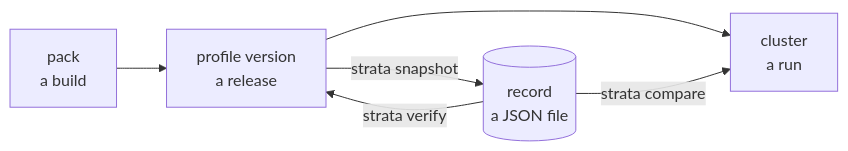
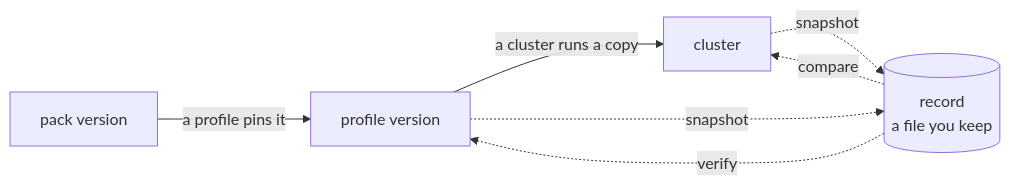
One commit to como-technologies/strata changed the diagram in docs/src/introduction.md. Above: the diagram before and after it, drawn with Mermaid. The commit also changed other lines of this file, not shown here.

Commit message:
docs: the diagram separates what Palette does from what strata does

````diff
--- a/docs/src/introduction.md
+++ b/docs/src/introduction.md
@@ -14,8 +14,9 @@
 ```mermaid
 flowchart LR
-  pack["pack<br/>a build"] --> version["profile version<br/>a release"]
-  version --> cluster["cluster<br/>a run"]
-  version -- "strata snapshot" --> record[("record<br/>a JSON file")]
-  record -- "strata verify" --> version
-  record -- "strata compare" --> cluster
+  pack["pack version"] -- "a profile pins it" --> version["profile version"]
+  version -- "a cluster runs a copy" --> cluster["cluster"]
+  version -. "snapshot" .-> record[("record<br/>a file you keep")]
+  cluster -. "snapshot" .-> record
+  record -. "verify" .-> version
+  record -. "compare" .-> cluster
 ```
````
